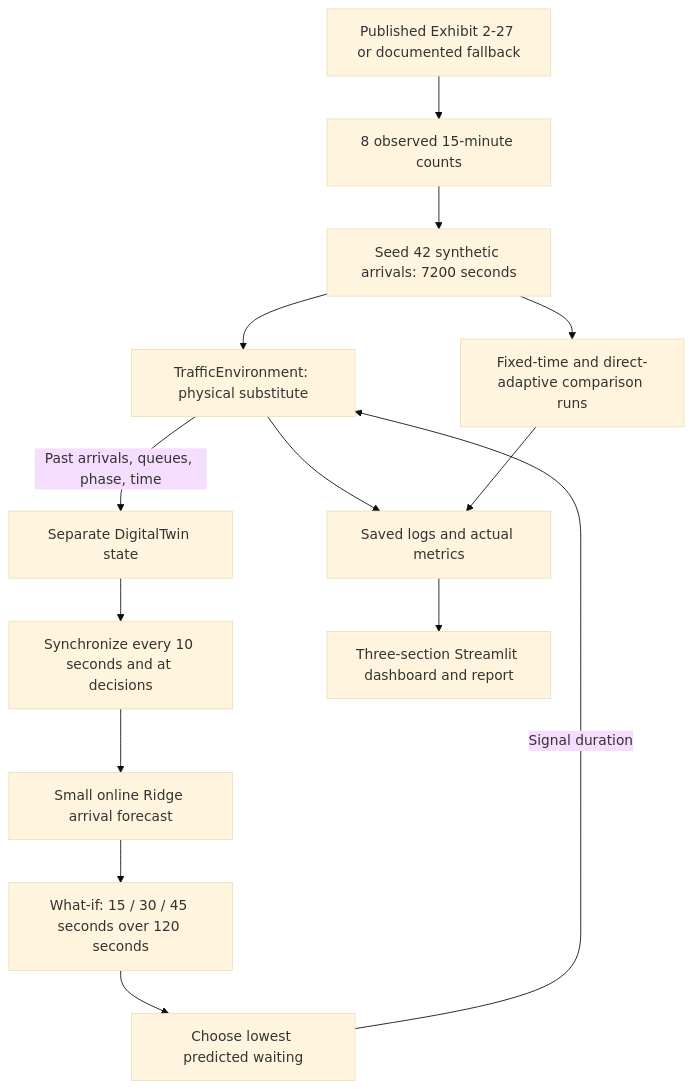
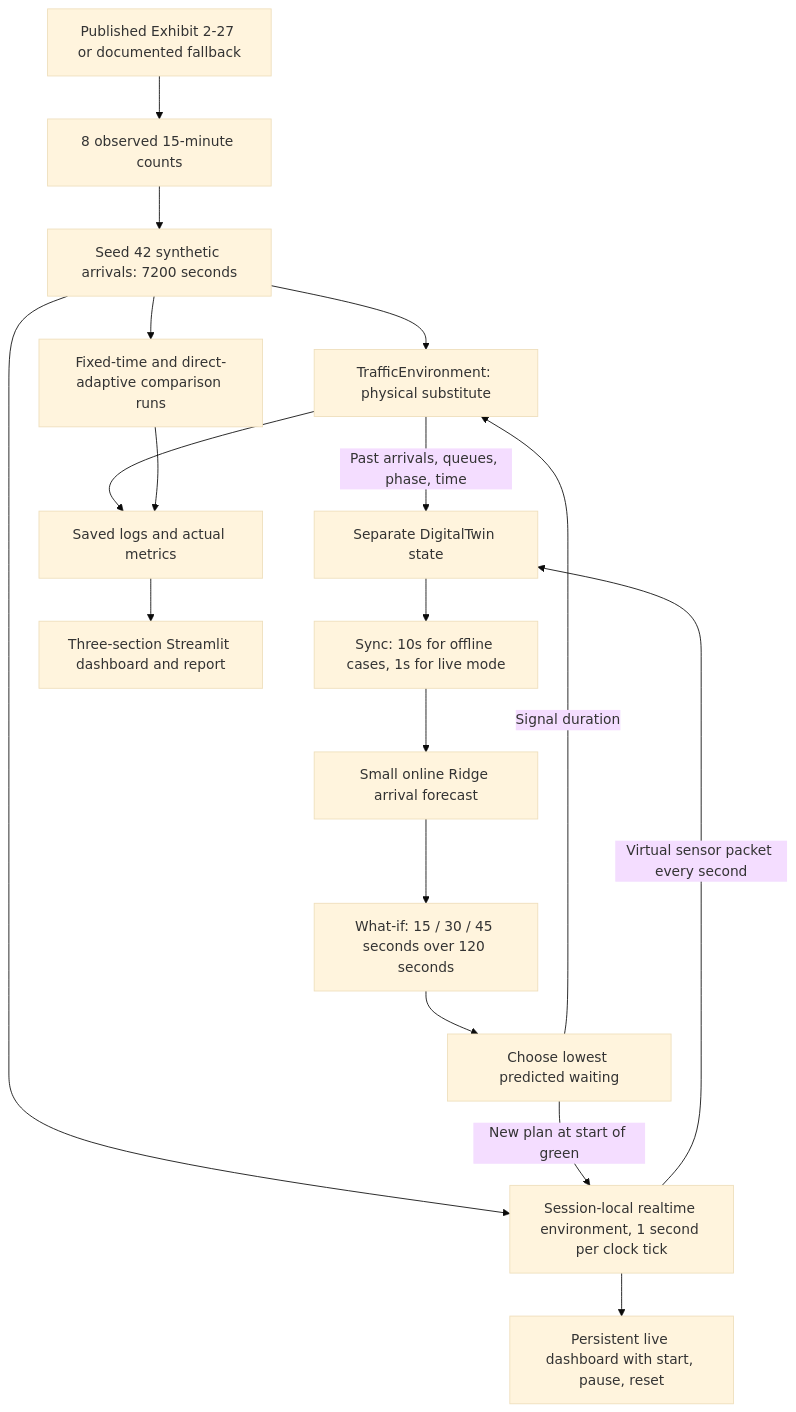
The diagram in docs/ARCHITECTURE.md (phuonganh-ngn/traffic-digital-twin-demo), drawn with Mermaid (base theme) before and after one commit. The commit also changed other lines of this file and 8 other files, not shown here.

Commit message:
Add realtime traffic simulation with one-second virtual sensors and live controls

````diff
--- a/docs/ARCHITECTURE.md
+++ b/docs/ARCHITECTURE.md
@@ -3,16 +3,20 @@
 ```mermaid
 flowchart TD
     A[Published Exhibit 2-27 or documented fallback] --> B[8 observed 15-minute counts]
     B --> C[Seed 42 synthetic arrivals: 7200 seconds]
     C --> E[TrafficEnvironment: physical substitute]
     E -->|Past arrivals, queues, phase, time| T[Separate DigitalTwin state]
-    T --> S[Synchronize every 10 seconds and at decisions]
+    T --> S[Sync: 10s for offline cases, 1s for live mode]
     S --> M[Small online Ridge arrival forecast]
     M --> W[What-if: 15 / 30 / 45 seconds over 120 seconds]
     W --> D[Choose lowest predicted waiting]
     D -->|Signal duration| E
     C --> F[Fixed-time and direct-adaptive comparison runs]
     E --> L[Saved logs and actual metrics]
     F --> L
     L --> U[Three-section Streamlit dashboard and report]
+    C --> R[Session-local realtime environment, 1 second per clock tick]
+    R -->|Virtual sensor packet every second| T
+    D -->|New plan at start of green| R
+    R --> V[Persistent live dashboard with start, pause, reset]
 ```
````
